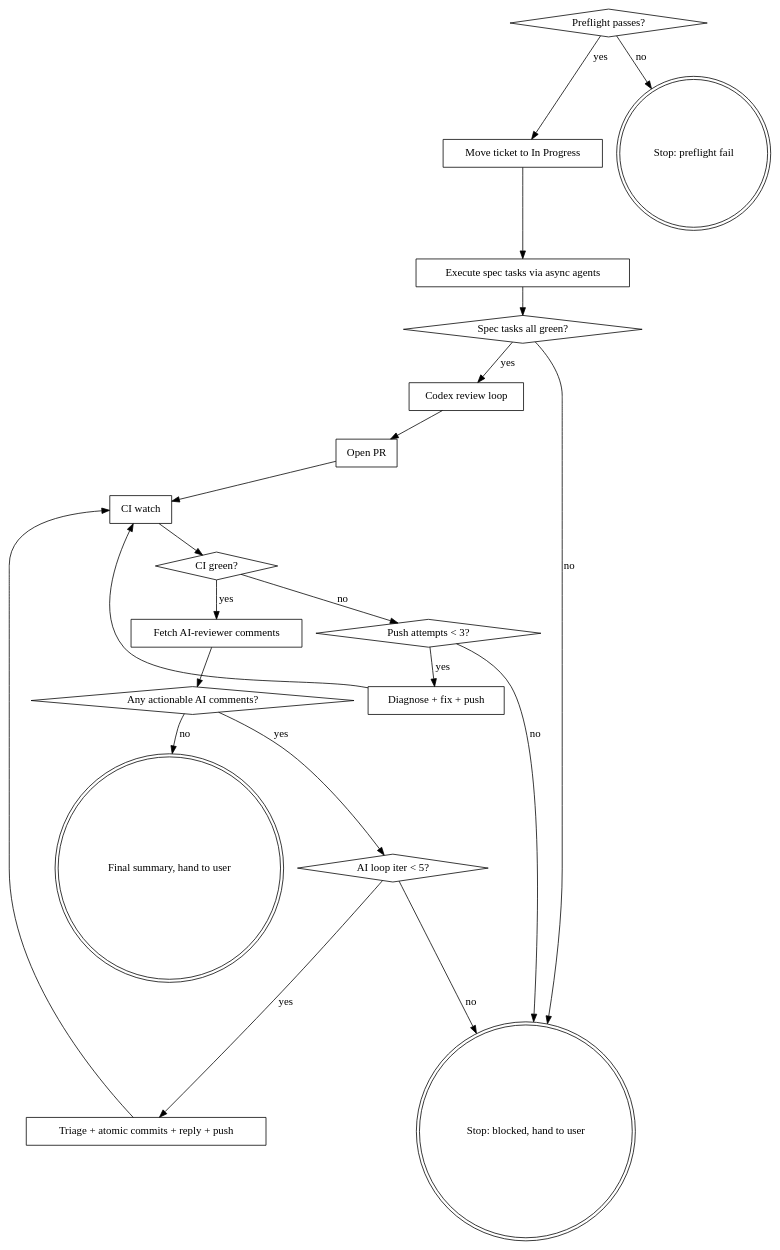
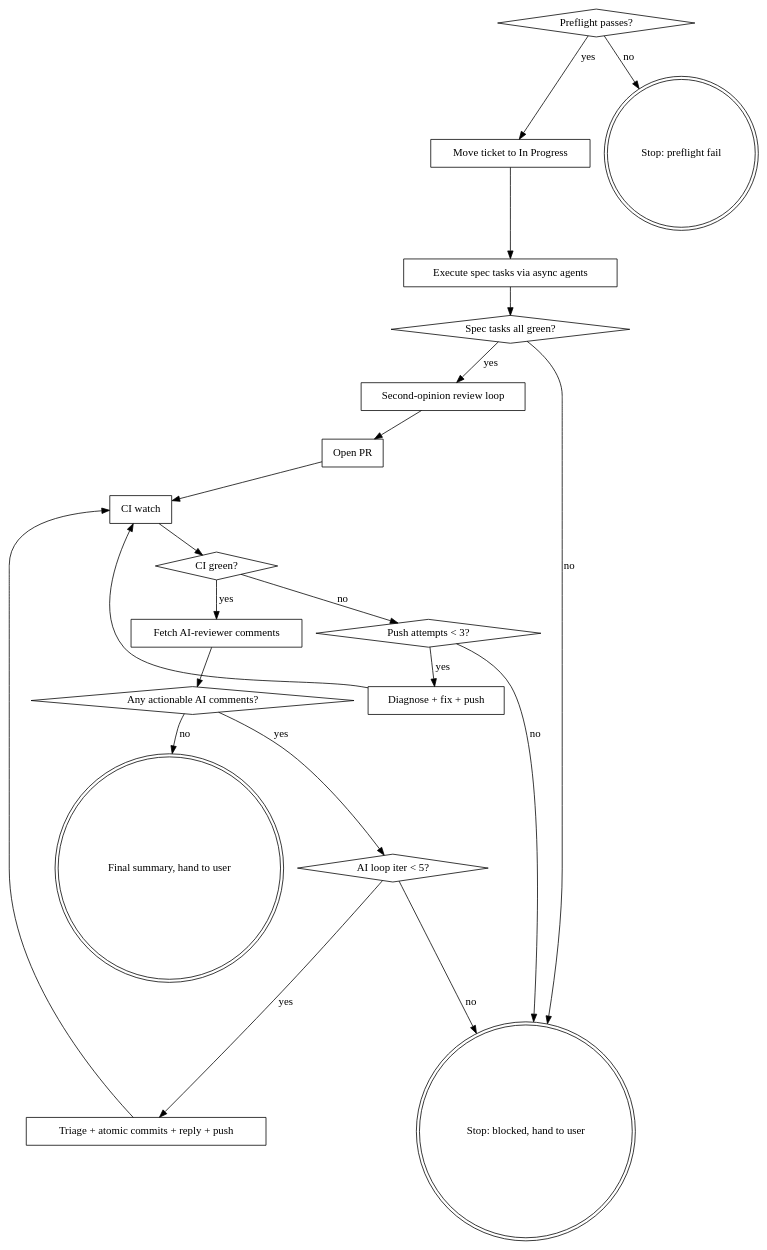
One commit to goooseman/dotfiles changed the diagram in dot_claude/skills/g-execute-plan/SKILL.md. Above: the diagram before and after it, drawn with Graphviz. The commit also changed other lines of this file and 3 other files, not shown here.

Commit message:
fix(in-skills): in-codex-review

````diff
--- a/dot_claude/skills/g-execute-plan/SKILL.md
+++ b/dot_claude/skills/g-execute-plan/SKILL.md
@@ -242,42 +242,42 @@
 ```dot
 digraph g_execute_plan {
     "Preflight passes?" [shape=diamond];
     "Move ticket to In Progress" [shape=box];
     "Execute spec tasks via async agents" [shape=box];
     "Spec tasks all green?" [shape=diamond];
-    "Codex review loop" [shape=box];
+    "Second-opinion review loop" [shape=box];
     "Open PR" [shape=box];
     "CI watch" [shape=box];
     "CI green?" [shape=diamond];
     "Diagnose + fix + push" [shape=box];
     "Push attempts < 3?" [shape=diamond];
     "Fetch AI-reviewer comments" [shape=box];
     "Any actionable AI comments?" [shape=diamond];
     "Triage + atomic commits + reply + push" [shape=box];
     "AI loop iter < 5?" [shape=diamond];
     "Final summary, hand to user" [shape=doublecircle];
     "Stop: blocked, hand to user" [shape=doublecircle];
     "Stop: preflight fail" [shape=doublecircle];
 
     "Preflight passes?" -> "Move ticket to In Progress" [label="yes"];
     "Preflight passes?" -> "Stop: preflight fail" [label="no"];
     "Move ticket to In Progress" -> "Execute spec tasks via async agents";
     "Execute spec tasks via async agents" -> "Spec tasks all green?";
     "Spec tasks all green?" -> "Stop: blocked, hand to user" [label="no"];
-    "Spec tasks all green?" -> "Codex review loop" [label="yes"];
-    "Codex review loop" -> "Open PR";
+    "Spec tasks all green?" -> "Second-opinion review loop" [label="yes"];
+    "Second-opinion review loop" -> "Open PR";
     "Open PR" -> "CI watch";
     "CI watch" -> "CI green?";
     "CI green?" -> "Fetch AI-reviewer comments" [label="yes"];
     "CI green?" -> "Push attempts < 3?" [label="no"];
     "Push attempts < 3?" -> "Diagnose + fix + push" [label="yes"];
     "Push attempts < 3?" -> "Stop: blocked, hand to user" [label="no"];
     "Diagnose + fix + push" -> "CI watch";
     "Fetch AI-reviewer comments" -> "Any actionable AI comments?";
     "Any actionable AI comments?" -> "Final summary, hand to user" [label="no"];
     "Any actionable AI comments?" -> "AI loop iter < 5?" [label="yes"];
     "AI loop iter < 5?" -> "Triage + atomic commits + reply + push" [label="yes"];
     "AI loop iter < 5?" -> "Stop: blocked, hand to user" [label="no"];
     "Triage + atomic commits + reply + push" -> "CI watch";
 }
 ```
````
